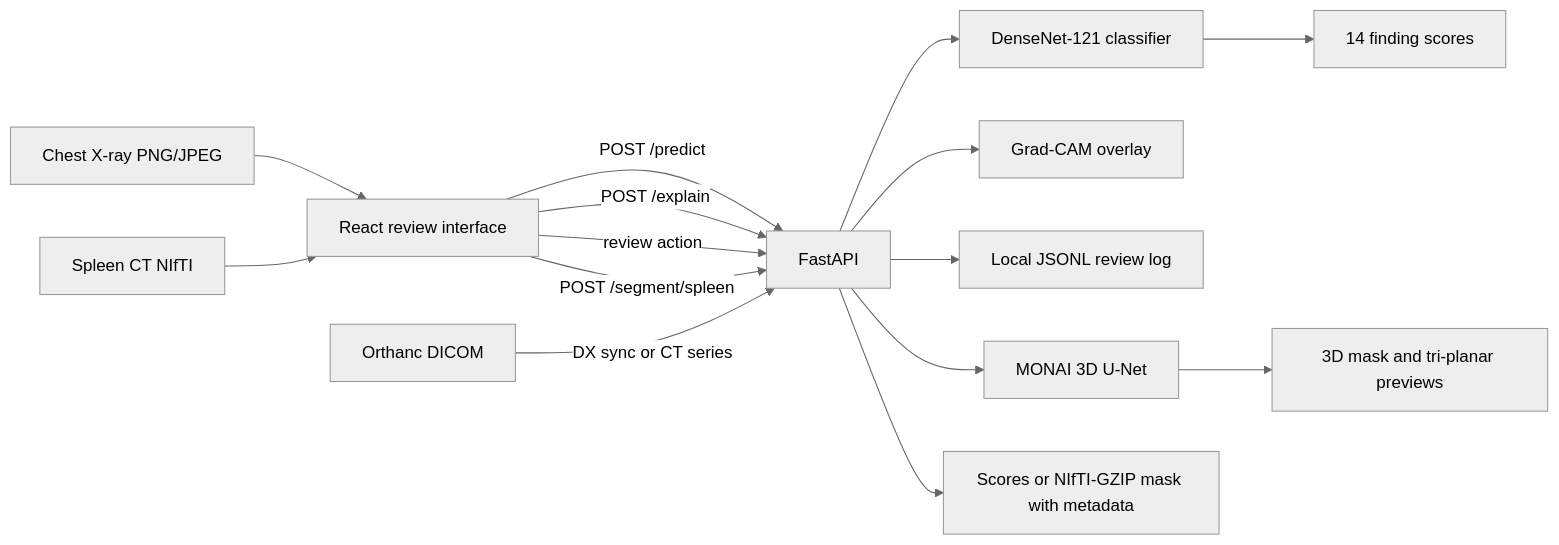
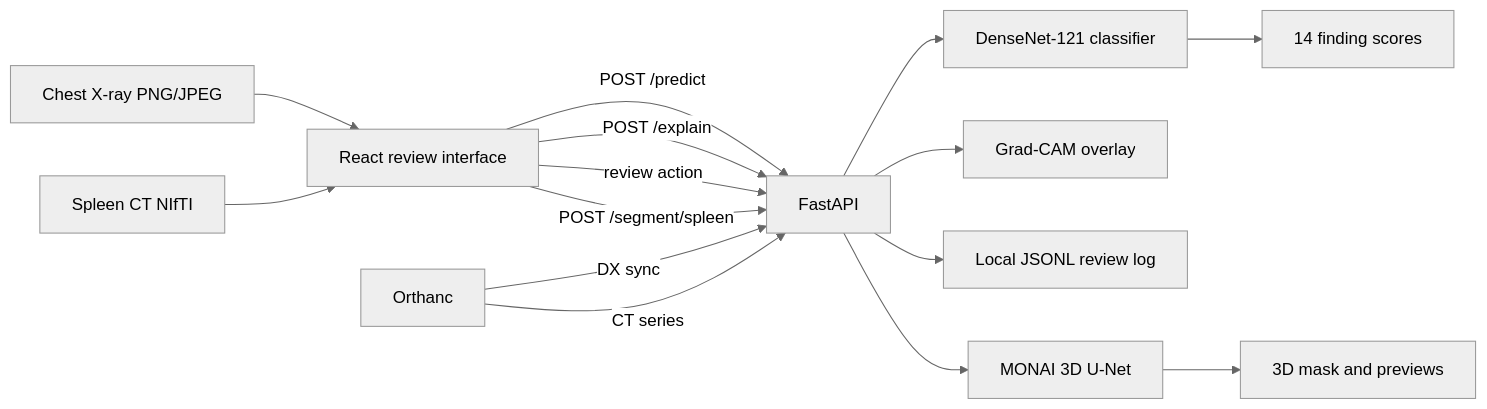
Before and after one commit to ram15x/nexvia-aiml-internship: the diagram in AIML-02/README.md, drawn with Mermaid (neutral theme). The commit also changed other lines of this file, not shown here.

````diff
--- a/AIML-02/README.md
+++ b/AIML-02/README.md
@@ -11,14 +18,14 @@
 ```mermaid
 flowchart LR
   CX[Chest X-ray PNG/JPEG] --> UI[React review interface]
   UI -->|POST /predict| API[FastAPI]
   API --> DN[DenseNet-121 classifier]
   DN --> SCORES[14 finding scores]
   UI -->|POST /explain| API --> GC[Grad-CAM overlay]
   UI -->|review action| API --> LOG[Local JSONL review log]
   CT[Spleen CT NIfTI] --> UI -->|POST /segment/spleen| API
   API --> UNET[MONAI 3D U-Net]
-  UNET --> MASK[3D mask and tri-planar previews]
-  ORT[Orthanc DICOM] -->|DX sync or CT series| API
-  API --> OUT[Scores or NIfTI-GZIP mask with metadata]
+  UNET --> MASK[3D mask and previews]
+  ORT[Orthanc] -->|DX sync| API
+  ORT -->|CT series| API
 ```
````
